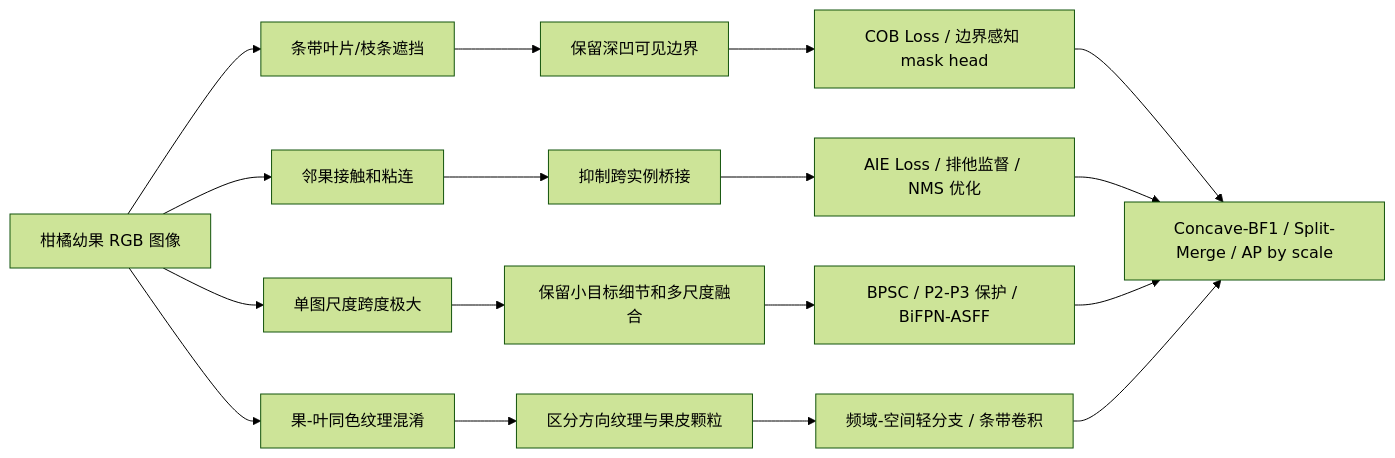
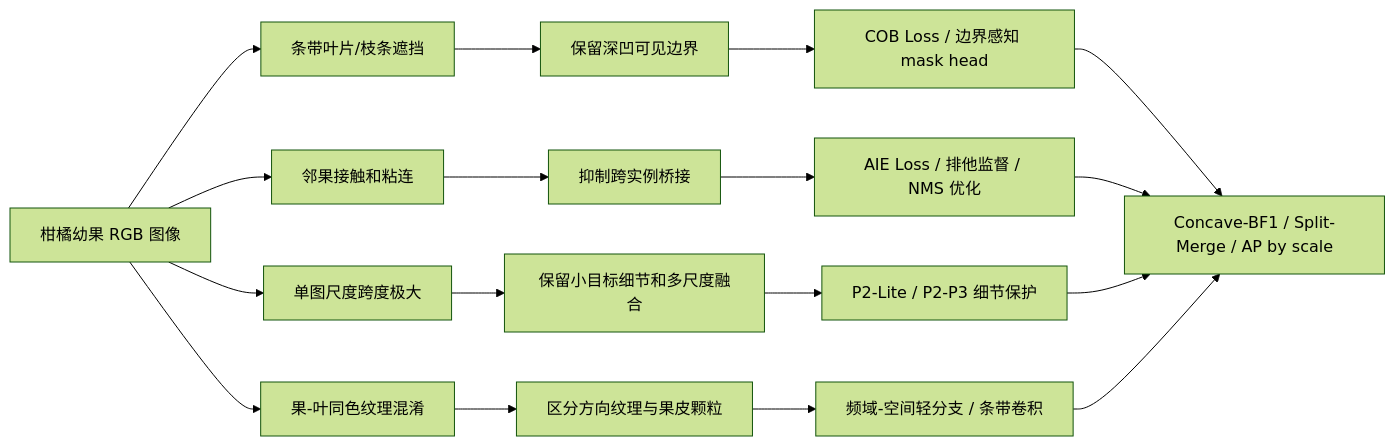
Before and after one commit to sxq12320/DEEPLEARNING: the diagram in 3_研究生/柑橘幼果实例分割_网络改进策略超级调研.md, drawn with Mermaid (forest theme). The commit also changed other lines of this file and 31 other files, not shown here.

````diff
--- a/3_研究生/柑橘幼果实例分割_网络改进策略超级调研.md
+++ b/3_研究生/柑橘幼果实例分割_网络改进策略超级调研.md
@@ -21,25 +133,25 @@
 ```mermaid
 flowchart LR
     accTitle: Citrus segmentation strategy map
     accDescr: The diagram maps citrus visual difficulties to network modules, losses, evaluation subsets, and paper claims.
 
     data["柑橘幼果 RGB 图像"] --> diff1["条带叶片/枝条遮挡"]
     data --> diff2["邻果接触和粘连"]
     data --> diff3["单图尺度跨度极大"]
     data --> diff4["果-叶同色纹理混淆"]
 
     diff1 --> need1["保留深凹可见边界"]
     diff2 --> need2["抑制跨实例桥接"]
     diff3 --> need3["保留小目标细节和多尺度融合"]
     diff4 --> need4["区分方向纹理与果皮颗粒"]
 
     need1 --> method1["COB Loss / 边界感知 mask head"]
     need2 --> method2["AIE Loss / 排他监督 / NMS 优化"]
-    need3 --> method3["BPSC / P2-P3 保护 / BiFPN-ASFF"]
+    need3 --> method3["P2-Lite / P2-P3 细节保护"]
     need4 --> method4["频域-空间轻分支 / 条带卷积"]
 
     method1 --> eval["Concave-BF1 / Split-Merge / AP by scale"]
     method2 --> eval
     method3 --> eval
     method4 --> eval
 ```
````
